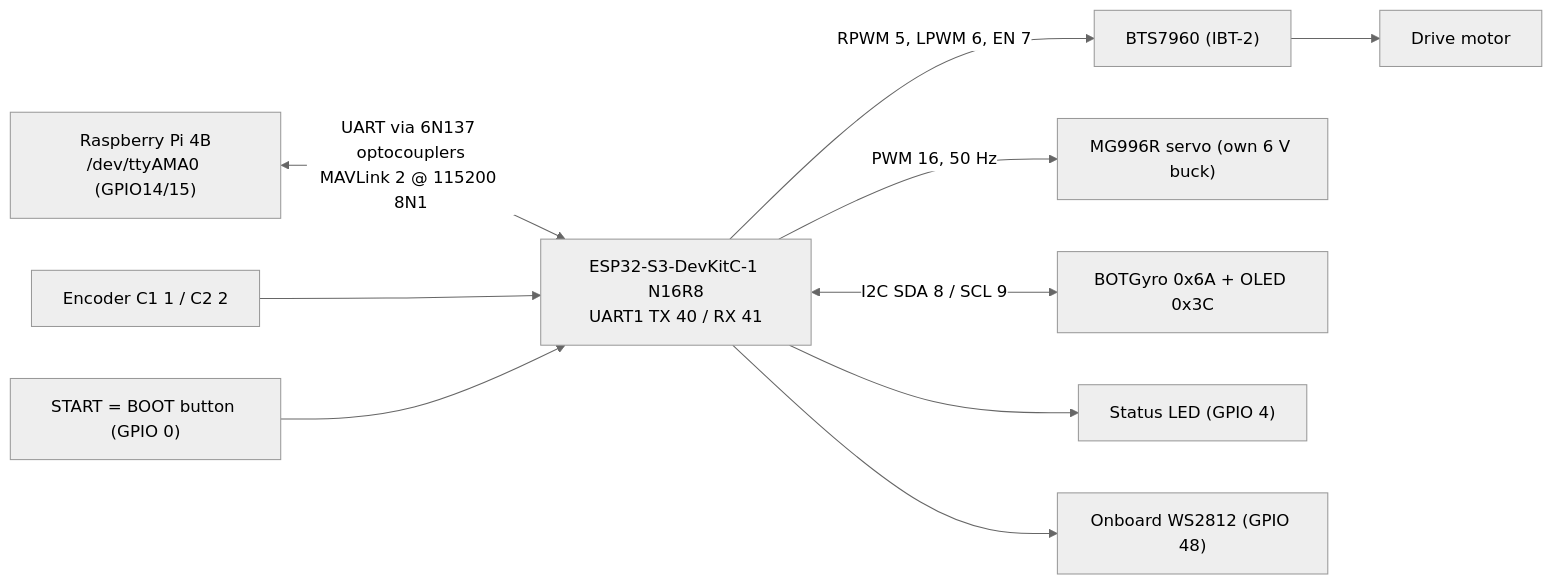
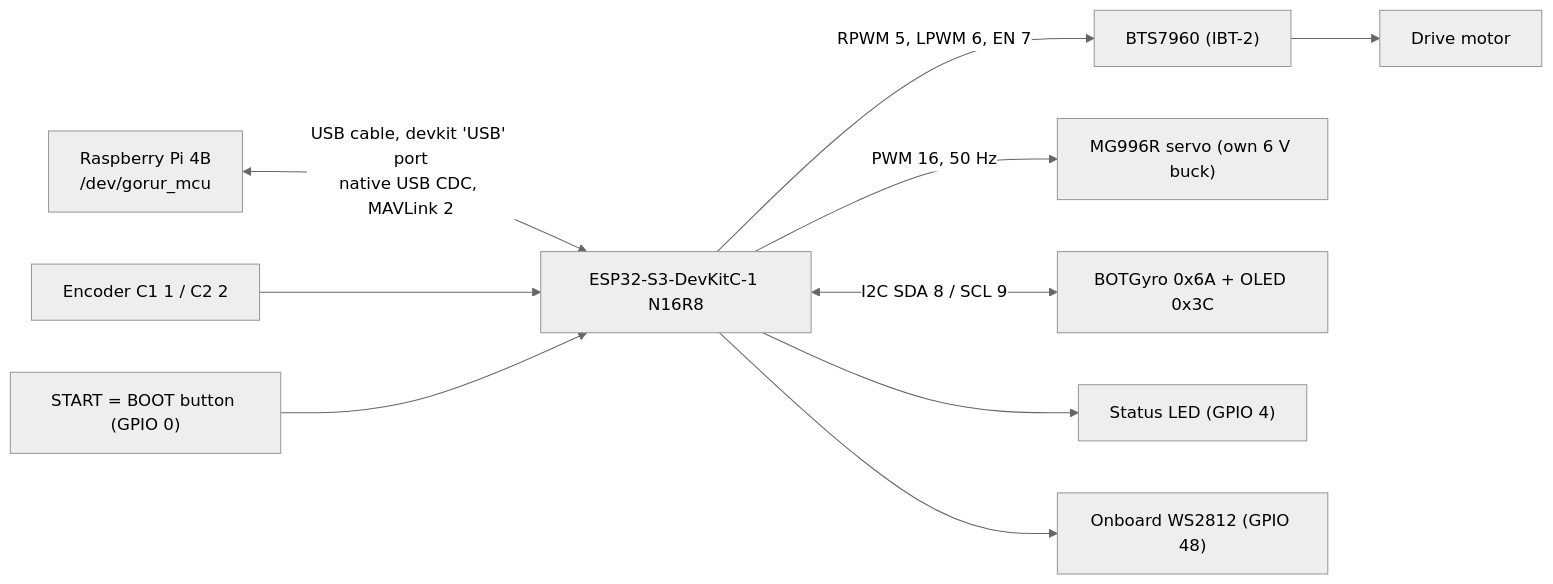
Before and after one commit to muztahiddurjoy/gorur_gari_2026: the diagram in circuit_diagram/README.md, drawn with Mermaid (neutral theme). The commit also changed other lines of this file and 8 other files, not shown here.

First line of the commit message:
docs: Pi link is native USB on the devkit's "USB" port

````diff
--- a/circuit_diagram/README.md
+++ b/circuit_diagram/README.md
@@ -13,11 +13,11 @@
 ```mermaid
 flowchart LR
-    PI["Raspberry Pi 4B\n/dev/ttyAMA0 (GPIO14/15)"] <-->|"UART via 6N137 optocouplers\nMAVLink 2 @ 115200 8N1"| ESP["ESP32-S3-DevKitC-1 N16R8\nUART1 TX 40 / RX 41"]
+    PI["Raspberry Pi 4B\n/dev/gorur_mcu"] <-->|"USB cable, devkit 'USB' port\nnative USB CDC, MAVLink 2"| ESP["ESP32-S3-DevKitC-1 N16R8"]
     ESP -->|"RPWM 5, LPWM 6, EN 7"| DRV["BTS7960 (IBT-2)"] --> MOT["Drive motor"]
     ENC["Encoder C1 1 / C2 2"] --> ESP
     ESP -->|"PWM 16, 50 Hz"| SERVO["MG996R servo (own 6 V buck)"]
     ESP <-->|"I2C SDA 8 / SCL 9"| I2C["BOTGyro 0x6A + OLED 0x3C"]
     BTN["START = BOOT button (GPIO 0)"] --> ESP
     ESP --> LED["Status LED (GPIO 4)"]
     ESP --> PIX["Onboard WS2812 (GPIO 48)"]
 ```
````
